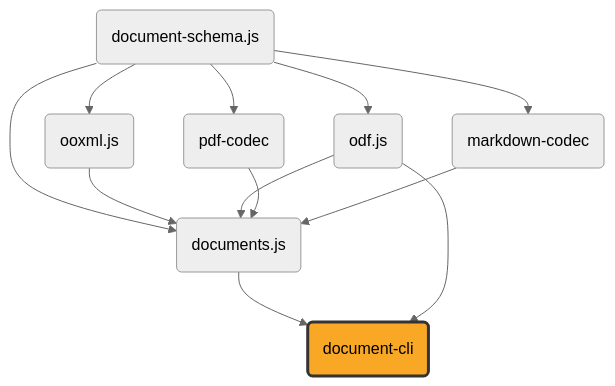
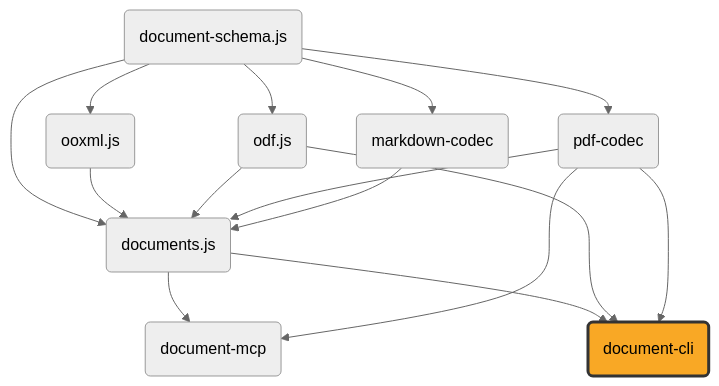
Before and after one commit to ExaDev/document-cli: the diagram in README.md, drawn with Mermaid (neutral theme). The commit also changed other lines of this file, not shown here.

Commit message:
docs: mention document-mcp sibling and add it to family diagram

````diff
--- a/README.md
+++ b/README.md
@@ -9,32 +9,37 @@
 ```mermaid
 graph TD
     schema("document-schema.js")
     ooxml("ooxml.js")
     odf("odf.js")
     pdfcodec("pdf-codec")
     mdcodec("markdown-codec")
     documents("documents.js")
+    mcp("document-mcp")
     cli("document-cli")
 
     schema --> ooxml
     schema --> odf
     schema --> pdfcodec
     schema --> mdcodec
     schema --> documents
     ooxml --> documents
     odf --> documents
     pdfcodec --> documents
     mdcodec --> documents
+    documents --> mcp
+    pdfcodec --> mcp
     documents --> cli
     odf --> cli
+    pdfcodec --> cli
 
     click schema "https://github.com/ExaDev/document-schema.js" "document-schema.js"
     click ooxml "https://github.com/ExaDev/ooxml.js" "ooxml.js"
     click odf "https://github.com/ExaDev/odf.js" "odf.js"
     click pdfcodec "https://github.com/ExaDev/pdf-codec" "pdf-codec"
     click mdcodec "https://github.com/ExaDev/markdown-codec" "markdown-codec"
     click documents "https://github.com/ExaDev/documents.js" "documents.js"
+    click mcp "https://github.com/ExaDev/document-mcp" "document-mcp"
     click cli "https://github.com/ExaDev/document-cli" "document-cli"
 
     style cli fill:#f9a825,stroke:#333,stroke-width:3px
 ```
````
